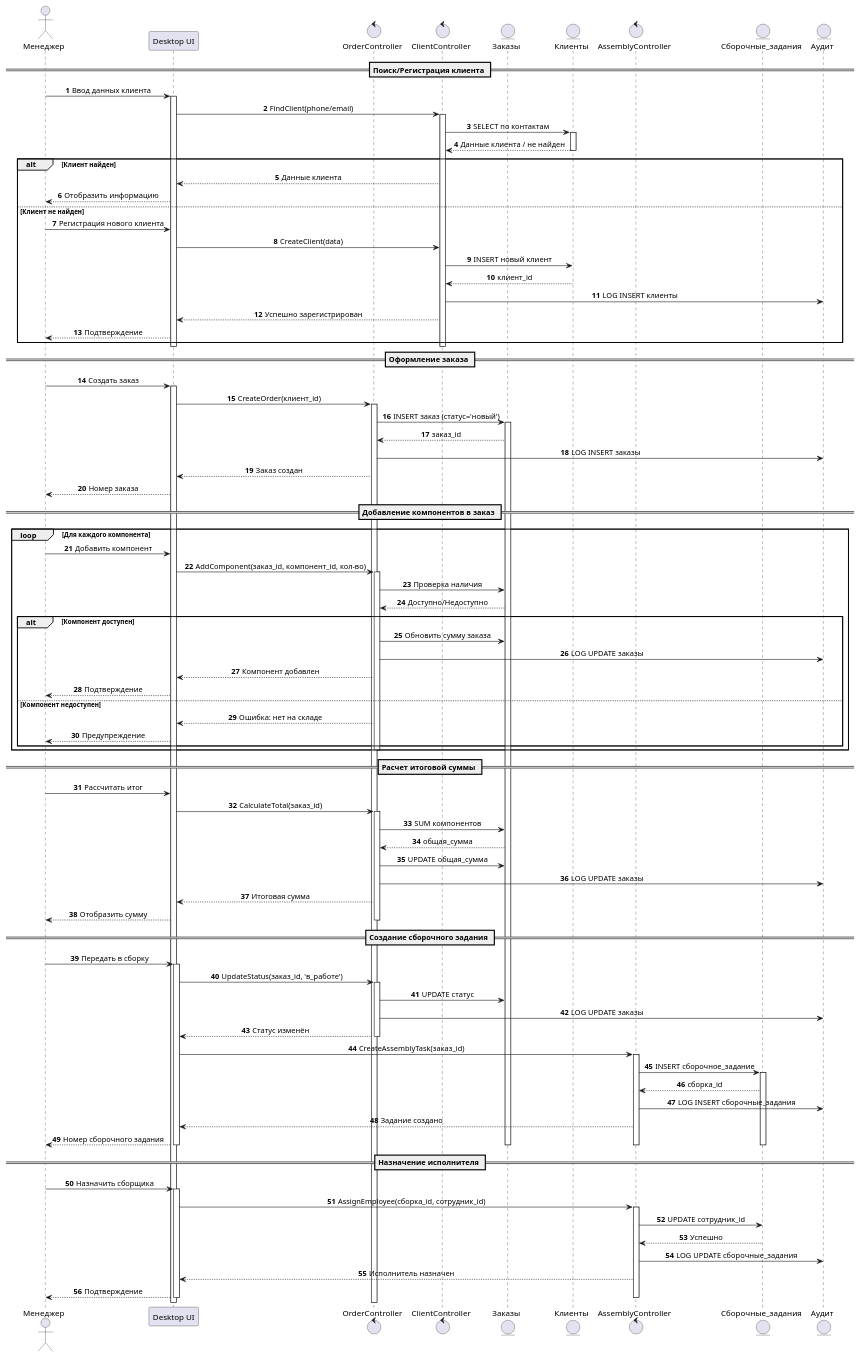
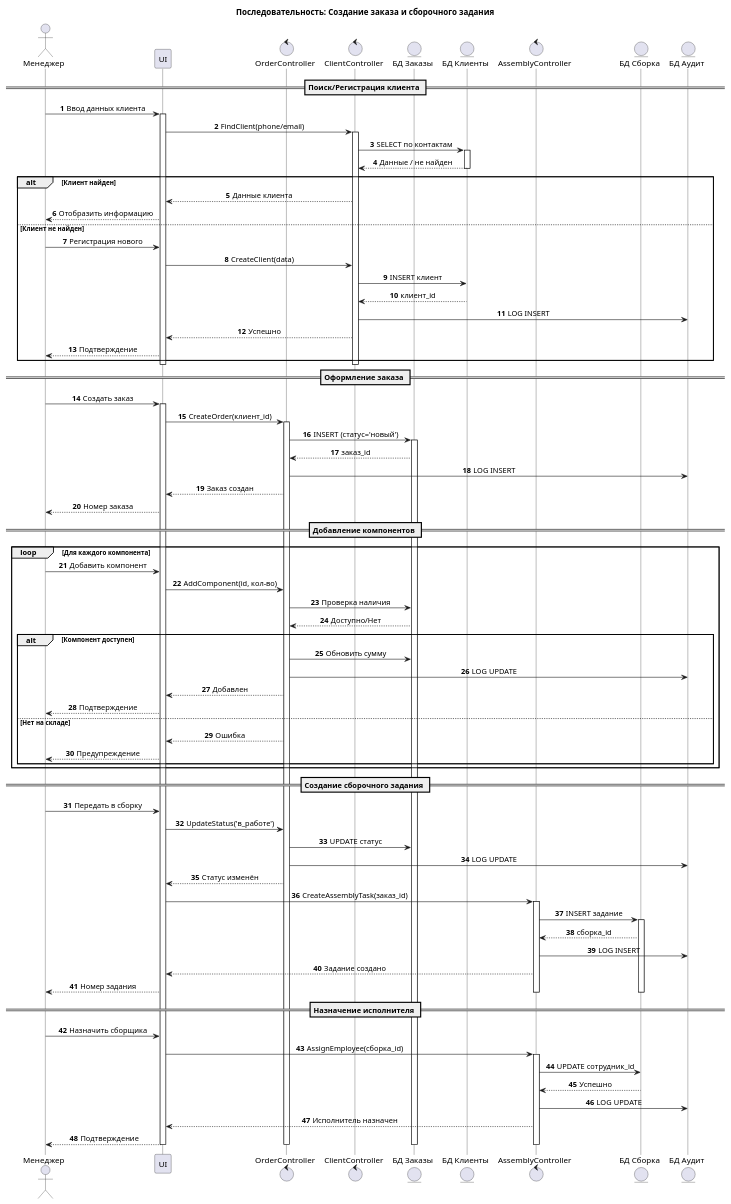
One commit to KIR29d/AIS-PC3 changed the diagram in docs/diagrams/sequence_order_creation.puml. Above: the diagram before and after it, drawn with PlantUML. The commit also changed 3 other files, not shown here.

```diff
--- a/docs/diagrams/sequence_order_creation.puml
+++ b/docs/diagrams/sequence_order_creation.puml
@@ -1,131 +1,112 @@
-@startuml
-' Диаграмма последовательности: Создание и обработка заказа
-' АИС для магазина кастомных ПК
+@startuml Sequence_Order_Creation
+title Последовательность: Создание заказа и сборочного задания
 
+skinparam sequenceMessageAlign center
+skinparam lifelineStrategy solid
 autonumber
-skinparam sequenceMessageAlign center
 
 actor "Менеджер" as Manager
-participant "Desktop UI" as UI
+participant "UI" as UI
 control "OrderController" as OrderCtrl
 control "ClientController" as ClientCtrl
-entity "Заказы" as OrdersDB
-entity "Клиенты" as ClientsDB
+entity "БД Заказы" as OrdersDB
+entity "БД Клиенты" as ClientsDB
 control "AssemblyController" as AssemblyCtrl
-entity "Сборочные_задания" as AssemblyDB
-entity "Аудит" as AuditDB
+entity "БД Сборка" as AssemblyDB
+entity "БД Аудит" as AuditDB
 
 == Поиск/Регистрация клиента ==
 
 Manager -> UI : Ввод данных клиента
 activate UI
 UI -> ClientCtrl : FindClient(phone/email)
 activate ClientCtrl
 ClientCtrl -> ClientsDB : SELECT по контактам
 activate ClientsDB
-ClientsDB --> ClientCtrl : Данные клиента / не найден
+ClientsDB --> ClientCtrl : Данные / не найден
 deactivate ClientsDB
 
 alt Клиент найден
     ClientCtrl --> UI : Данные клиента
     UI --> Manager : Отобразить информацию
 else Клиент не найден
-    Manager -> UI : Регистрация нового клиента
+    Manager -> UI : Регистрация нового
     UI -> ClientCtrl : CreateClient(data)
-    ClientCtrl -> ClientsDB : INSERT новый клиент
+    ClientCtrl -> ClientsDB : INSERT клиент
     ClientsDB --> ClientCtrl : клиент_id
-    ClientCtrl -> AuditDB : LOG INSERT клиенты
-    ClientCtrl --> UI : Успешно зарегистрирован
+    ClientCtrl -> AuditDB : LOG INSERT
+    ClientCtrl --> UI : Успешно
     UI --> Manager : Подтверждение
 end
 
 deactivate ClientCtrl
 deactivate UI
 
 == Оформление заказа ==
 
 Manager -> UI : Создать заказ
 activate UI
 UI -> OrderCtrl : CreateOrder(клиент_id)
 activate OrderCtrl
-OrderCtrl -> OrdersDB : INSERT заказ (статус='новый')
+OrderCtrl -> OrdersDB : INSERT (статус='новый')
 activate OrdersDB
 OrdersDB --> OrderCtrl : заказ_id
-OrderCtrl -> AuditDB : LOG INSERT заказы
+OrderCtrl -> AuditDB : LOG INSERT
 OrderCtrl --> UI : Заказ создан
 UI --> Manager : Номер заказа
 
-== Добавление компонентов в заказ ==
+== Добавление компонентов ==
 
 loop Для каждого компонента
     Manager -> UI : Добавить компонент
-    UI -> OrderCtrl : AddComponent(заказ_id, компонент_id, кол-во)
-    activate OrderCtrl
+    UI -> OrderCtrl : AddComponent(id, кол-во)
     OrderCtrl -> OrdersDB : Проверка наличия
-    OrdersDB --> OrderCtrl : Доступно/Недоступно
+    OrdersDB --> OrderCtrl : Доступно/Нет
     
     alt Компонент доступен
-        OrderCtrl -> OrdersDB : Обновить сумму заказа
-        OrderCtrl -> AuditDB : LOG UPDATE заказы
-        OrderCtrl --> UI : Компонент добавлен
+        OrderCtrl -> OrdersDB : Обновить сумму
+        OrderCtrl -> AuditDB : LOG UPDATE
+        OrderCtrl --> UI : Добавлен
         UI --> Manager : Подтверждение
-    else Компонент недоступен
-        OrderCtrl --> UI : Ошибка: нет на складе
+    else Нет на складе
+        OrderCtrl --> UI : Ошибка
         UI --> Manager : Предупреждение
     end
-    deactivate OrderCtrl
 end
-
-== Расчет итоговой суммы ==
-
-Manager -> UI : Рассчитать итог
-UI -> OrderCtrl : CalculateTotal(заказ_id)
-activate OrderCtrl
-OrderCtrl -> OrdersDB : SUM компонентов
-OrdersDB --> OrderCtrl : общая_сумма
-OrderCtrl -> OrdersDB : UPDATE общая_сумма
-OrderCtrl -> AuditDB : LOG UPDATE заказы
-OrderCtrl --> UI : Итоговая сумма
-UI --> Manager : Отобразить сумму
-deactivate OrderCtrl
 
 == Создание сборочного задания ==
 
 Manager -> UI : Передать в сборку
-activate UI
-UI -> OrderCtrl : UpdateStatus(заказ_id, 'в_работе')
-activate OrderCtrl
+UI -> OrderCtrl : UpdateStatus('в_работе')
 OrderCtrl -> OrdersDB : UPDATE статус
-OrderCtrl -> AuditDB : LOG UPDATE заказы
+OrderCtrl -> AuditDB : LOG UPDATE
 OrderCtrl --> UI : Статус изменён
-deactivate OrderCtrl
 
 UI -> AssemblyCtrl : CreateAssemblyTask(заказ_id)
 activate AssemblyCtrl
-AssemblyCtrl -> AssemblyDB : INSERT сборочное_задание
+AssemblyCtrl -> AssemblyDB : INSERT задание
 activate AssemblyDB
 AssemblyDB --> AssemblyCtrl : сборка_id
-AssemblyCtrl -> AuditDB : LOG INSERT сборочные_задания
+AssemblyCtrl -> AuditDB : LOG INSERT
 AssemblyCtrl --> UI : Задание создано
-UI --> Manager : Номер сборочного задания
+UI --> Manager : Номер задания
 deactivate AssemblyCtrl
 deactivate AssemblyDB
-
-deactivate UI
-deactivate OrdersDB
 
 == Назначение исполнителя ==
 
 Manager -> UI : Назначить сборщика
-activate UI
-UI -> AssemblyCtrl : AssignEmployee(сборка_id, сотрудник_id)
+UI -> AssemblyCtrl : AssignEmployee(сборка_id)
 activate AssemblyCtrl
 AssemblyCtrl -> AssemblyDB : UPDATE сотрудник_id
 AssemblyDB --> AssemblyCtrl : Успешно
-AssemblyCtrl -> AuditDB : LOG UPDATE сборочные_задания
+AssemblyCtrl -> AuditDB : LOG UPDATE
 AssemblyCtrl --> UI : Исполнитель назначен
 UI --> Manager : Подтверждение
 deactivate AssemblyCtrl
+
 deactivate UI
+deactivate OrdersDB
+deactivate OrderCtrl
 
 @enduml
```
